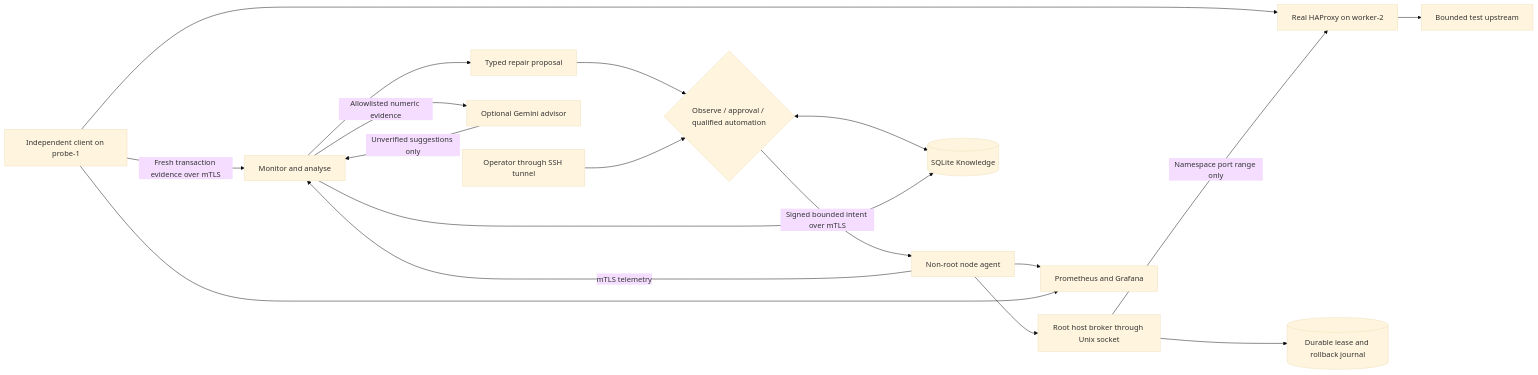
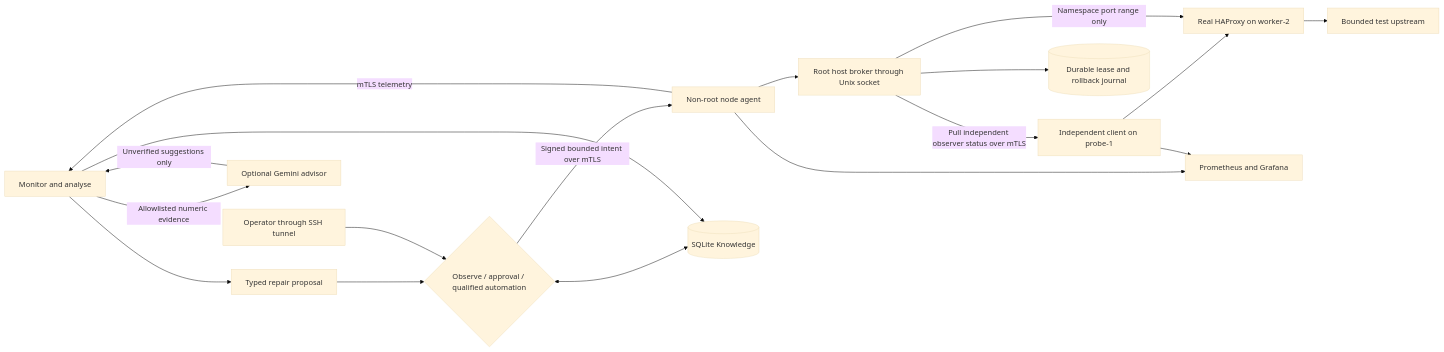
Before and after one commit to TusharShingrani/Self-healing-infrastructure: the diagram in README.md, drawn with Mermaid (base theme). The commit also changed other lines of this file and 13 other files, not shown here.

Commit message:
Document HAProxy design with network, MAPE-K and editable diagram views

````diff
--- a/README.md
+++ b/README.md
@@ -13,20 +13,21 @@
 ```mermaid
 flowchart LR
   Client[Independent client on probe-1] --> Gateway[Real HAProxy on worker-2]
   Gateway --> Upstream[Bounded test upstream]
-  Client -->|Fresh transaction evidence over mTLS| Monitor[Monitor and analyse]
+  Monitor[Monitor and analyse]
+  Broker -->|Pull independent observer status over mTLS| Client
   Agent[Non-root node agent] -->|mTLS telemetry| Monitor
   Monitor --> Plan[Typed repair proposal]
   Plan --> Approval{Observe / approval / qualified automation}
   Approval -->|Signed bounded intent over mTLS| Agent
   Agent --> Broker[Root host broker through Unix socket]
   Broker -->|Namespace port range only| Gateway
   Broker --> Journal[(Durable lease and rollback journal)]
   Approval <--> Knowledge[(SQLite Knowledge)]
   Monitor --> Knowledge
   Agent --> Prometheus[Prometheus and Grafana]
   Client --> Prometheus
   Operator[Operator through SSH tunnel] --> Approval
   Monitor -->|Allowlisted numeric evidence| Advisor[Optional Gemini advisor]
   Advisor -->|Unverified suggestions only| Monitor
 ```
````
